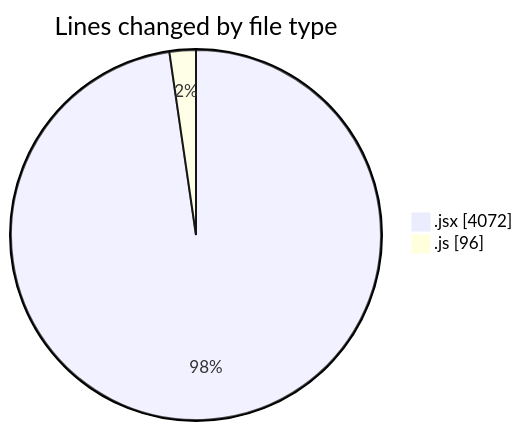
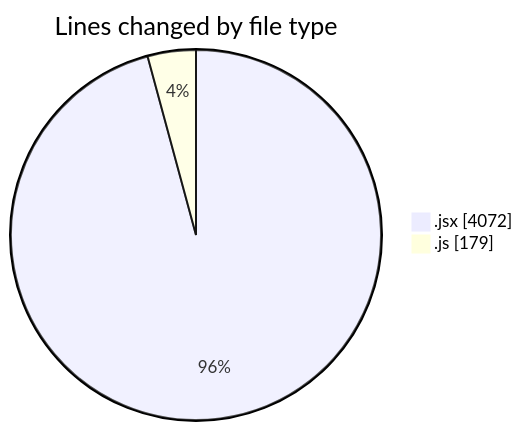
The first of 2 diagrams in 2025-07-24/nxtqube_webapp/README.md (nxtqubesakshisongat/code-tracking), drawn with Mermaid before and after one commit. The commit also changed other lines of this file and 1 other file, not shown here.

````diff
--- a/2025-07-24/nxtqube_webapp/README.md
+++ b/2025-07-24/nxtqube_webapp/README.md
@@ -25,6 +25,6 @@
 ```mermaid
 pie showData
 title Lines changed by file type
 ".jsx" : 4072
-".js" : 96
+".js" : 179
 ```
````
